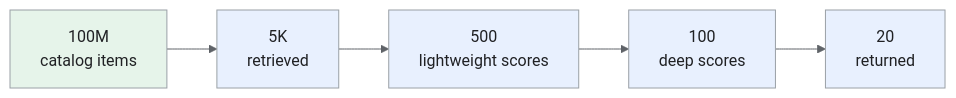
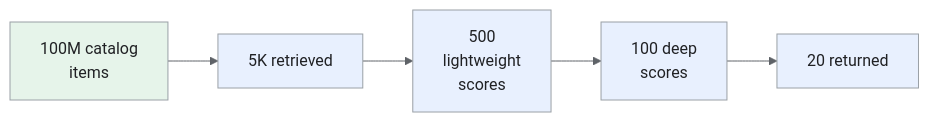
One commit to iliazlobin/iliazlobin.github.io changed the fourth of 6 diagrams in _designs/product-recommendations.md. Above: the diagram before and after it, drawn with Mermaid. The commit also changed other lines of this file and 116 other files, not shown here.

````diff
--- a/_designs/product-recommendations.md
+++ b/_designs/product-recommendations.md
@@ -260,14 +265,14 @@
 ```mermaid
 %%{init: {'theme':'base','themeVariables':{'primaryColor':'#e8f0fe','primaryTextColor':'#202124','primaryBorderColor':'#9aa0a6','lineColor':'#5f6368','secondaryColor':'#e6f4ea','tertiaryColor':'#fef7e0','actorBkg':'#e8f0fe','actorBorder':'#9aa0a6','actorTextColor':'#202124','noteBkgColor':'#fef7e0','noteTextColor':'#202124','noteBorderColor':'#9aa0a6','signalColor':'#5f6368','signalTextColor':'#202124','labelBoxBkgColor':'#fef7e0','labelBoxBorderColor':'#9aa0a6'}}}%%
 flowchart LR
-  A["100M<br/>catalog items"] --> B["5K<br/>retrieved"]
-  B --> C["500<br/>lightweight scores"]
-  C --> D["100<br/>deep scores"]
-  D --> E["20<br/>returned"]
+  A["100M catalog<br>items"] --> B["5K retrieved"]
+  B --> C["500<br>lightweight<br>scores"]
+  C --> D["100 deep<br>scores"]
+  D --> E["20 returned"]
 classDef request fill:#e8f0fe,stroke:#9aa0a6,color:#202124;
 classDef data fill:#e6f4ea,stroke:#9aa0a6,color:#202124;
 classDef control fill:#fef7e0,stroke:#9aa0a6,color:#202124;
 class B,C,D,E request;
 class A data;
 
 ```
````
